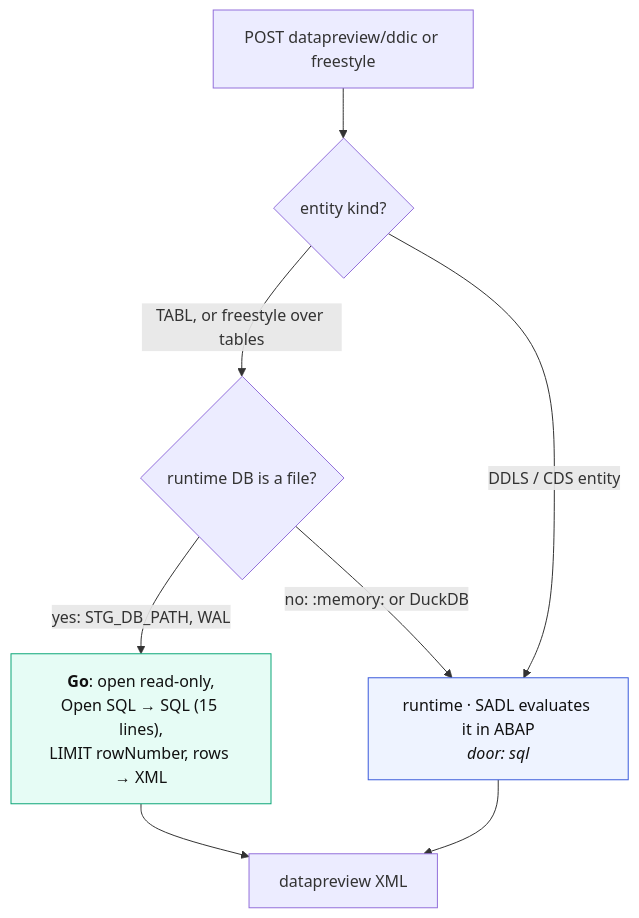
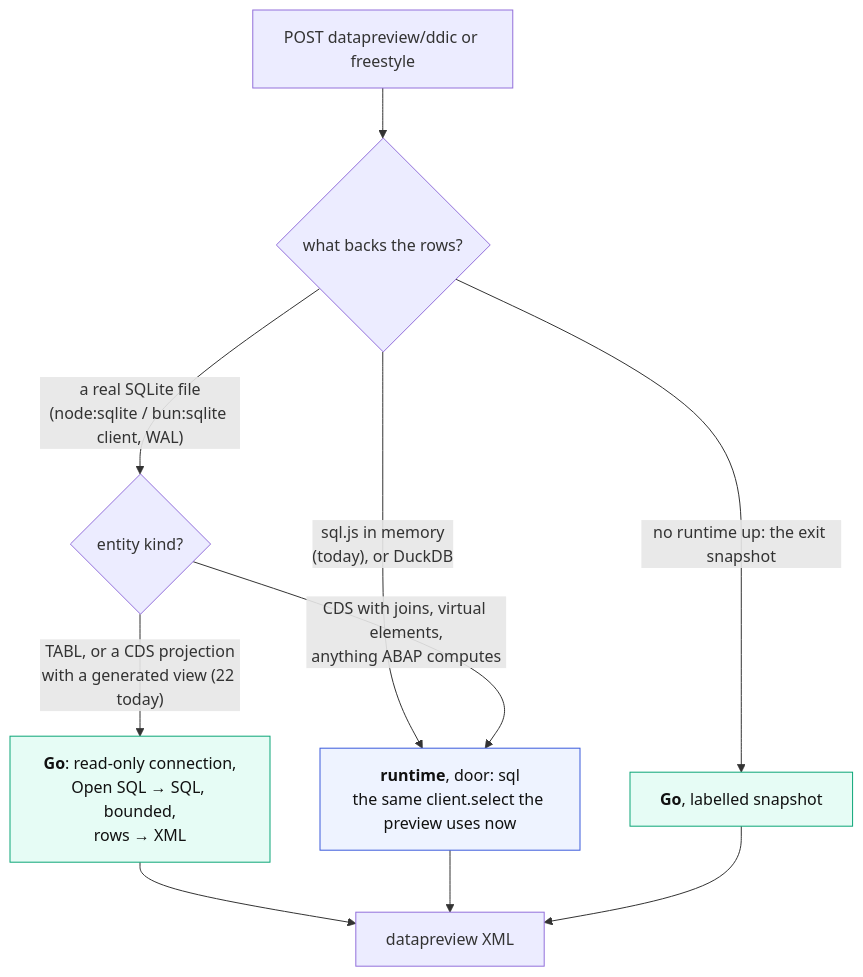
The fourth of 6 diagrams in docs/adt-facade-shift-left.md (oisee/open-steamgate), drawn with Mermaid before and after one commit. The commit also changed other lines of this file and 1 other file, not shown here.

First line of the commit message:
Shift left, revised after review: rows, activation order, three modes

````diff
--- a/docs/adt-facade-shift-left.md
+++ b/docs/adt-facade-shift-left.md
@@ -298,14 +346,16 @@
 ```mermaid
 flowchart TD
-  A["POST datapreview/ddic or freestyle"] --> B{"entity kind?"}
-  B -- "TABL, or freestyle over tables" --> C{"runtime DB is a file?"}
-  B -- "DDLS / CDS entity" --> R["runtime · SADL evaluates it in ABAP<br/><i>door: sql</i>"]
-  C -- "yes: STG_DB_PATH, WAL" --> G["<b>Go</b>: open read-only,<br/>Open SQL → SQL (15 lines),<br/>LIMIT rowNumber, rows → XML"]
-  C -- "no: :memory: or DuckDB" --> R
+  A["POST datapreview/ddic or freestyle"] --> B{"what backs the rows?"}
+  B -- "sql.js in memory<br/>(today), or DuckDB" --> R["<b>runtime</b>, door: sql<br/>the same client.select the preview uses now"]
+  B -- "a real SQLite file<br/>(node:sqlite / bun:sqlite client, WAL)" --> C{"entity kind?"}
+  C -- "TABL, or a CDS projection<br/>with a generated view (22 today)" --> G["<b>Go</b>: read-only connection,<br/>Open SQL → SQL, bounded,<br/>rows → XML"]
+  C -- "CDS with joins, virtual elements,<br/>anything ABAP computes" --> R
+  B -- "no runtime up: the exit snapshot" --> S["<b>Go</b>, labelled snapshot"]
   G --> X["datapreview XML"]
   R --> X
+  S --> X
   classDef go fill:#e6fcf5,stroke:#0ca678,color:#111
   classDef js fill:#eef3ff,stroke:#3b5bdb,color:#111
-  class G go
+  class G,S go
   class R js
 ```
````
